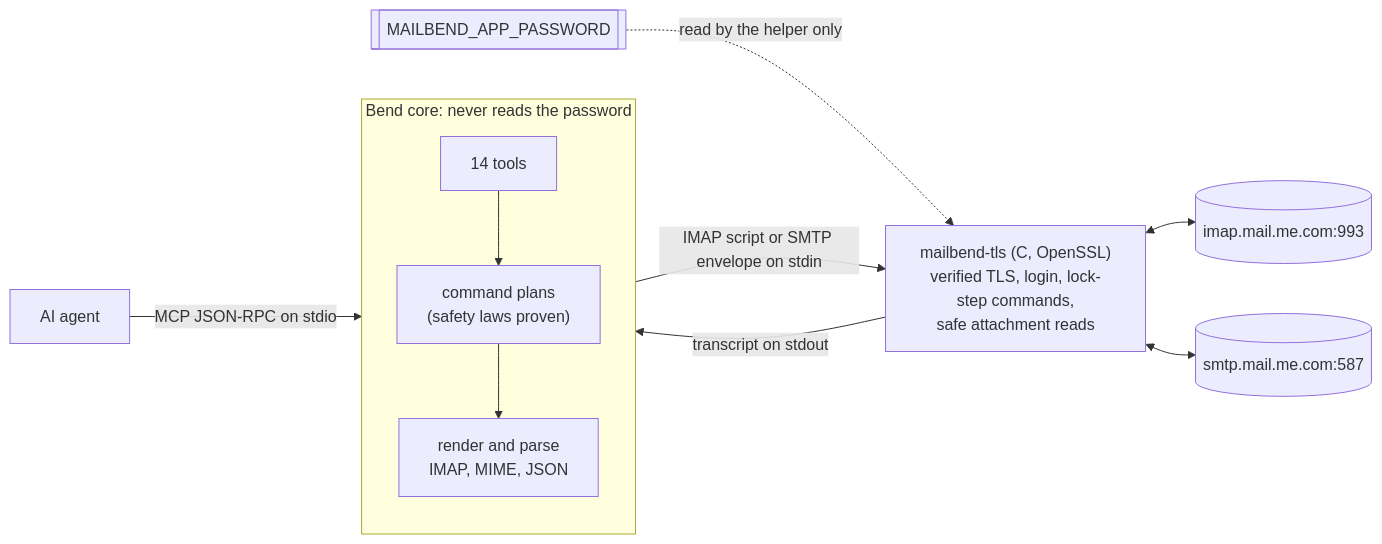
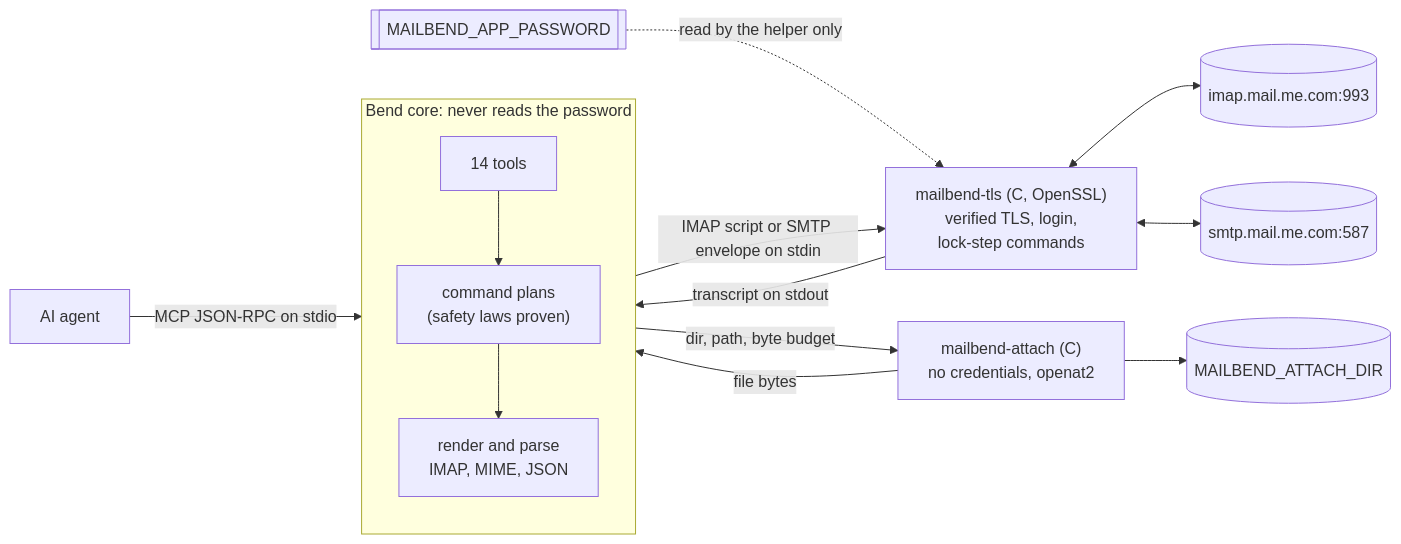
The diagram in README.md (albertc71/MailBend), drawn with Mermaid before and after one commit. The commit also changed other lines of this file and 17 other files, not shown here.

First line of the commit message:
fix: separate credential-free attachment reader, budgets and protocol edge cases

````diff
--- a/README.md
+++ b/README.md
@@ -130,14 +131,17 @@
 ```mermaid
 flowchart LR
   agent["AI agent"] -- "MCP JSON-RPC on stdio" --> core
   subgraph core["Bend core: never reads the password"]
     direction TB
     tools["14 tools"] --> plans["command plans<br/>(safety laws proven)"]
     plans --> parse["render and parse<br/>IMAP, MIME, JSON"]
   end
-  core -- "IMAP script or SMTP envelope on stdin" --> helper["mailbend-tls (C, OpenSSL)<br/>verified TLS, login, lock-step commands,<br/>safe attachment reads"]
+  core -- "IMAP script or SMTP envelope on stdin" --> helper["mailbend-tls (C, OpenSSL)<br/>verified TLS, login,<br/>lock-step commands"]
   helper -- "transcript on stdout" --> core
   helper <--> imap[("imap.mail.me.com:993")]
   helper <--> smtp[("smtp.mail.me.com:587")]
   secrets[["MAILBEND_APP_PASSWORD"]] -. "read by the helper only" .-> helper
+  core -- "dir, path, byte budget" --> reader["mailbend-attach (C)<br/>no credentials, openat2"]
+  reader -- "file bytes" --> core
+  reader --> files[("MAILBEND_ATTACH_DIR")]
 ```
````
